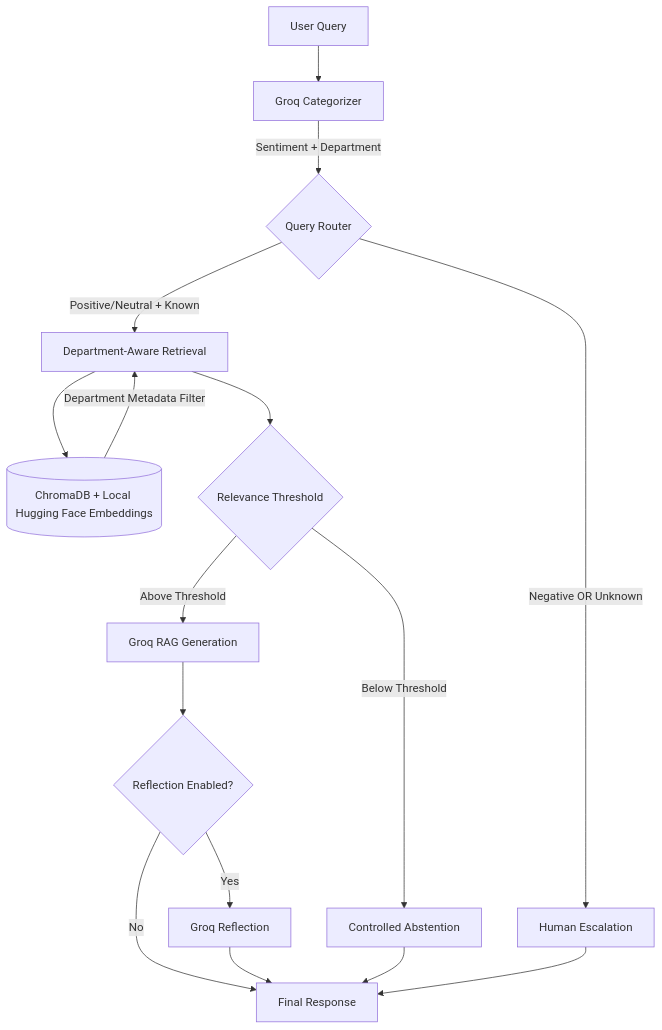
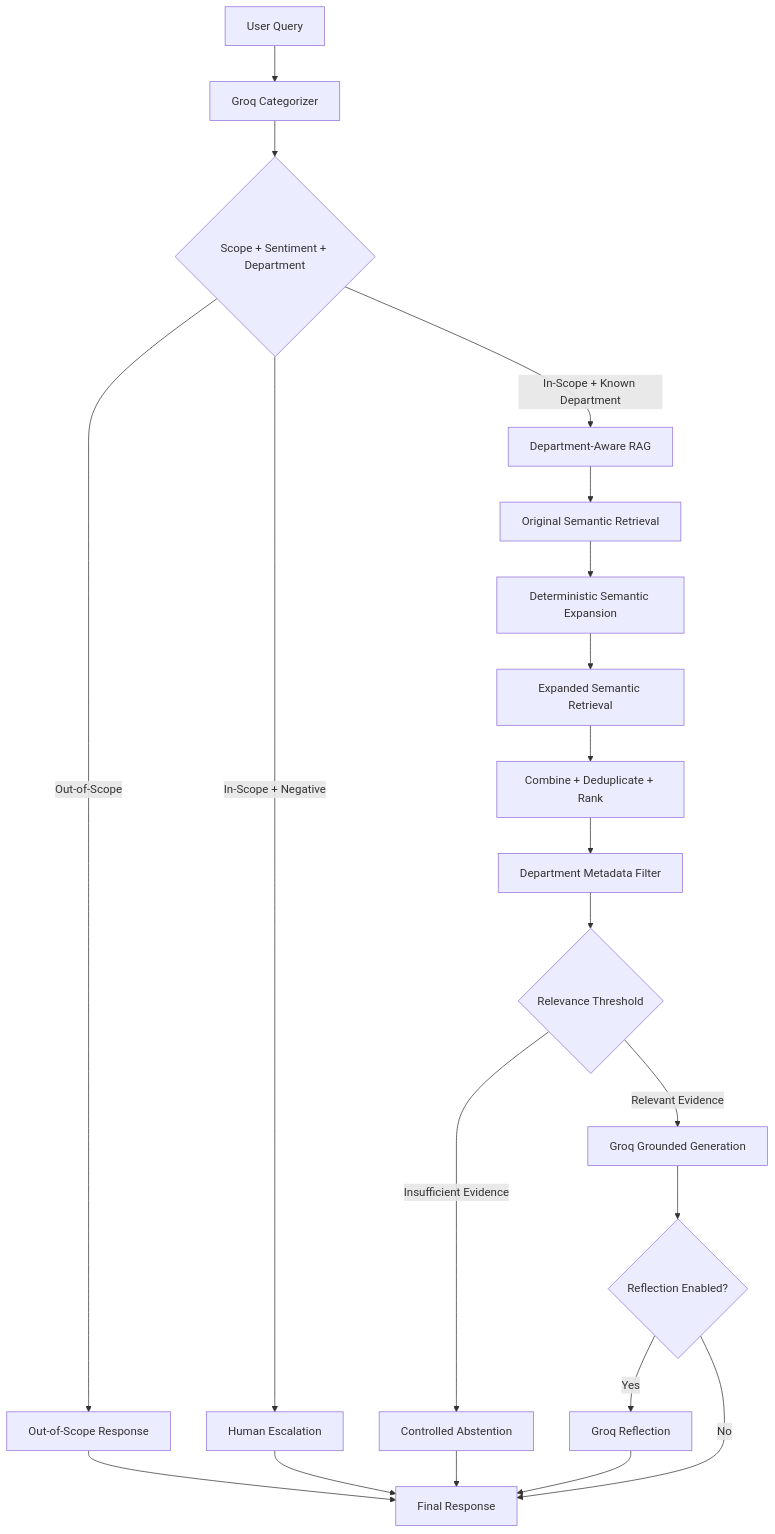
Before and after one commit to laharika15/ShopUNow: the diagram in README.md, drawn with Mermaid. The commit also changed other lines of this file, not shown here.

````diff
--- a/README.md
+++ b/README.md
@@ -12,24 +36,40 @@
 ```mermaid
 graph TD
+
     A[User Query] --> B[Groq Categorizer]
-    B -->|Sentiment + Department| C{Query Router}
 
-    C -->|Negative OR Unknown| D[Human Escalation]
-    C -->|Positive/Neutral + Known| E[Department-Aware Retrieval]
+    B --> C{Scope + Sentiment + Department}
 
-    E --> F[(ChromaDB + Local Hugging Face Embeddings)]
-    F -->|Department Metadata Filter| E
+    C -->|Out-of-Scope| D[Out-of-Scope Response]
 
-    E --> G{Relevance Threshold}
+    C -->|In-Scope + Negative| E[Human Escalation]
 
-    G -->|Below Threshold| H[Controlled Abstention]
-    G -->|Above Threshold| I[Groq RAG Generation]
+    C -->|In-Scope + Known Department| F[Department-Aware RAG]
 
-    I --> J{Reflection Enabled?}
-    J -->|Yes| K[Groq Reflection]
-    J -->|No| L[Final Response]
+    F --> G[Original Semantic Retrieval]
 
-    K --> L
-    H --> L
-    D --> L
+    G --> H[Deterministic Semantic Expansion]
+
+    H --> I[Expanded Semantic Retrieval]
+
+    I --> J[Combine + Deduplicate + Rank]
+
+    J --> K[Department Metadata Filter]
+
+    K --> L{Relevance Threshold}
+
+    L -->|Insufficient Evidence| M[Controlled Abstention]
+
+    L -->|Relevant Evidence| N[Groq Grounded Generation]
+
+    N --> O{Reflection Enabled?}
+
+    O -->|Yes| P[Groq Reflection]
+
+    O -->|No| Q[Final Response]
+
+    P --> Q
+    D --> Q
+    E --> Q
+    M --> Q
 ```
````
